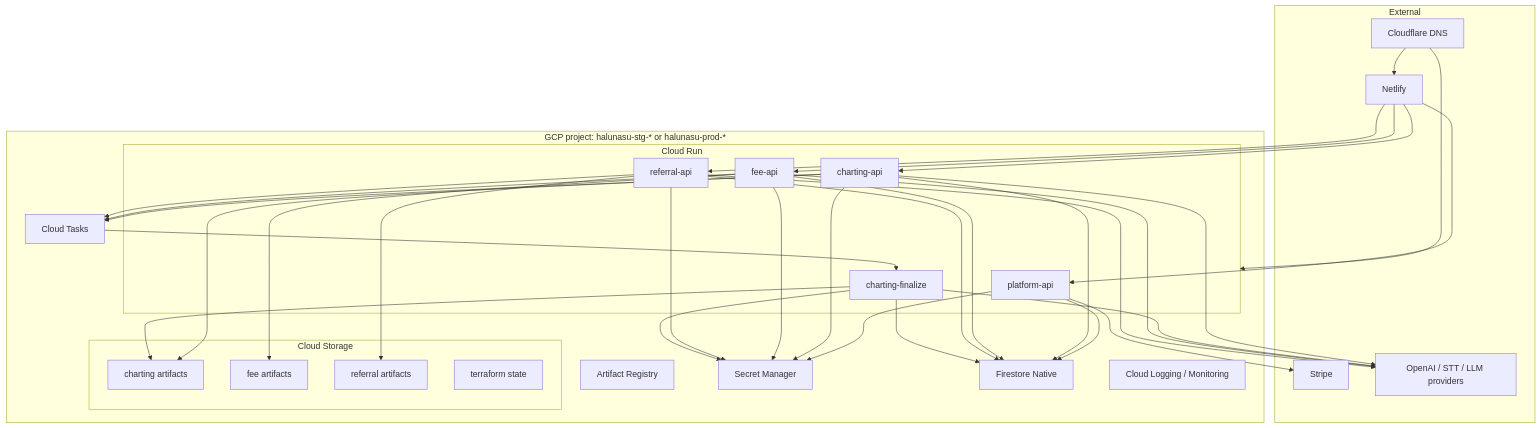
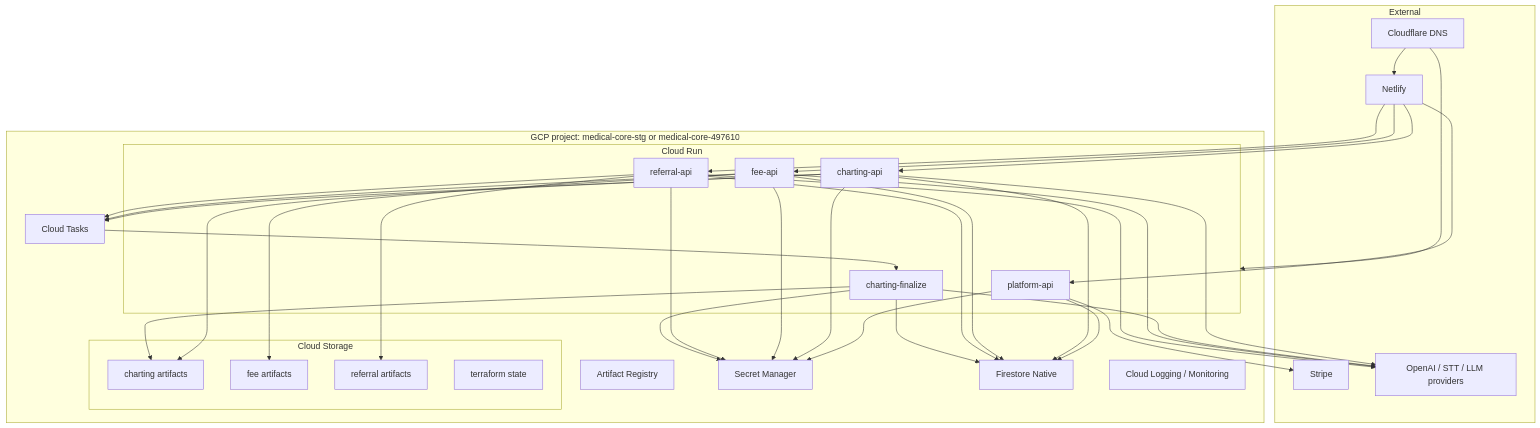
The first of 2 diagrams in docs/architecture/003-gcp-environment-plan.md (k-hirade/halunasu), drawn with Mermaid before and after one commit. The commit also changed other lines of this file and 33 other files, not shown here.

Commit message:
Add monorepo skeleton and core GCP names

````diff
--- a/docs/architecture/003-gcp-environment-plan.md
+++ b/docs/architecture/003-gcp-environment-plan.md
@@ -34,68 +43,68 @@
 ```mermaid
 flowchart TB
   subgraph External["External"]
     DNS["Cloudflare DNS"]
     NET["Netlify"]
     STRIPE["Stripe"]
     OPENAI["OpenAI / STT / LLM providers"]
   end
 
-  subgraph GCP["GCP project: halunasu-stg-* or halunasu-prod-*"]
+  subgraph GCP["GCP project: medical-core-stg or medical-core-497610"]
     AR["Artifact Registry"]
     SM["Secret Manager"]
     FS["Firestore Native"]
     LOG["Cloud Logging / Monitoring"]
     TASKS["Cloud Tasks"]
 
     subgraph Run["Cloud Run"]
       PA["platform-api"]
       CA["charting-api"]
       CF["charting-finalize"]
       FA["fee-api"]
       RA["referral-api"]
     end
 
     subgraph GCS["Cloud Storage"]
       B1["charting artifacts"]
       B2["fee artifacts"]
       B3["referral artifacts"]
       B4["terraform state"]
     end
   end
 
   DNS --> NET
   DNS --> Run
 
   NET --> PA
   NET --> CA
   NET --> FA
   NET --> RA
 
   PA --> FS
   CA --> FS
   FA --> FS
   RA --> FS
   CF --> FS
 
   CA --> B1
   CF --> B1
   FA --> B2
   RA --> B3
 
   CA --> TASKS
   FA --> TASKS
   RA --> TASKS
   TASKS --> CF
 
   PA --> SM
   CA --> SM
   FA --> SM
   RA --> SM
   CF --> SM
 
   PA --> STRIPE
   CA --> OPENAI
   CF --> OPENAI
   FA --> OPENAI
   RA --> OPENAI
 ```
````
